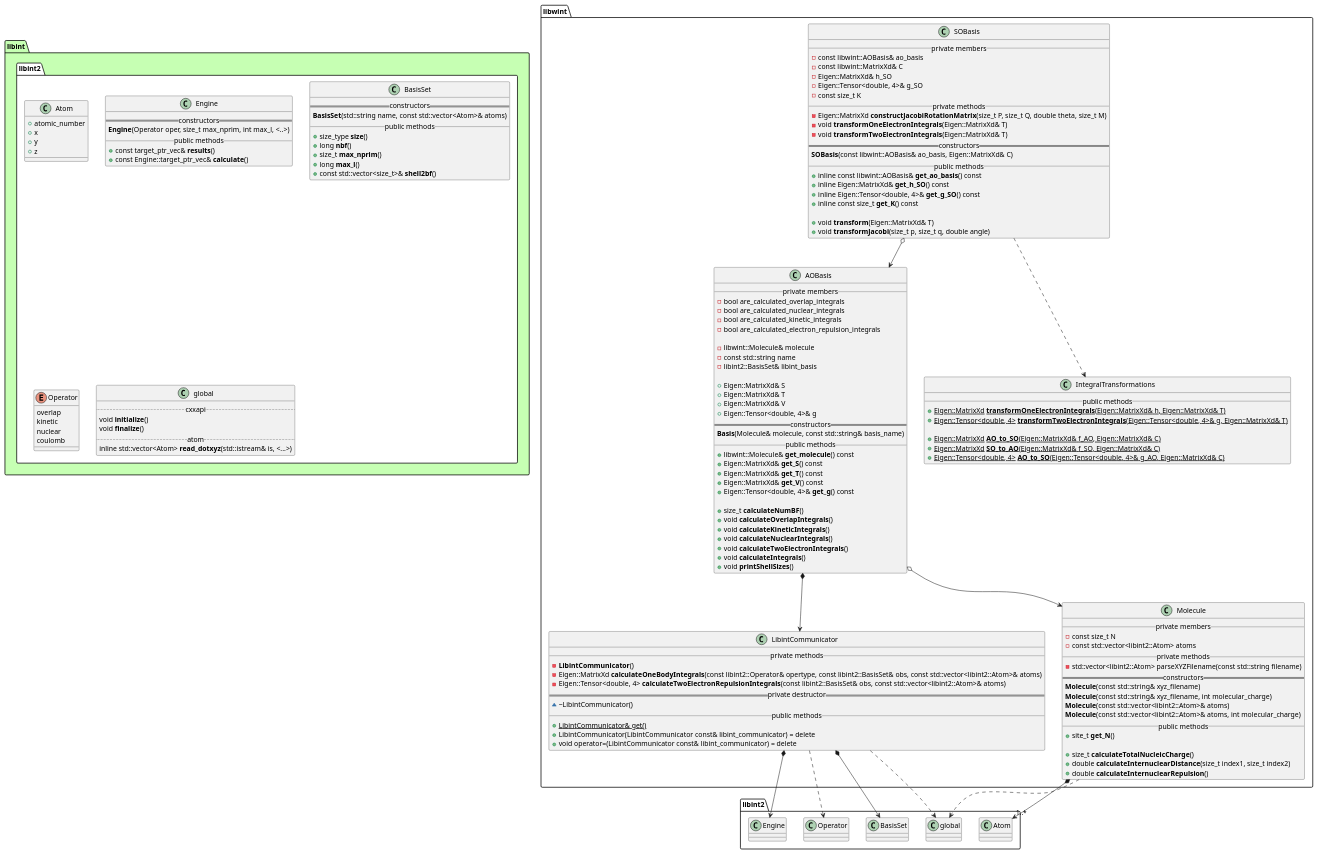
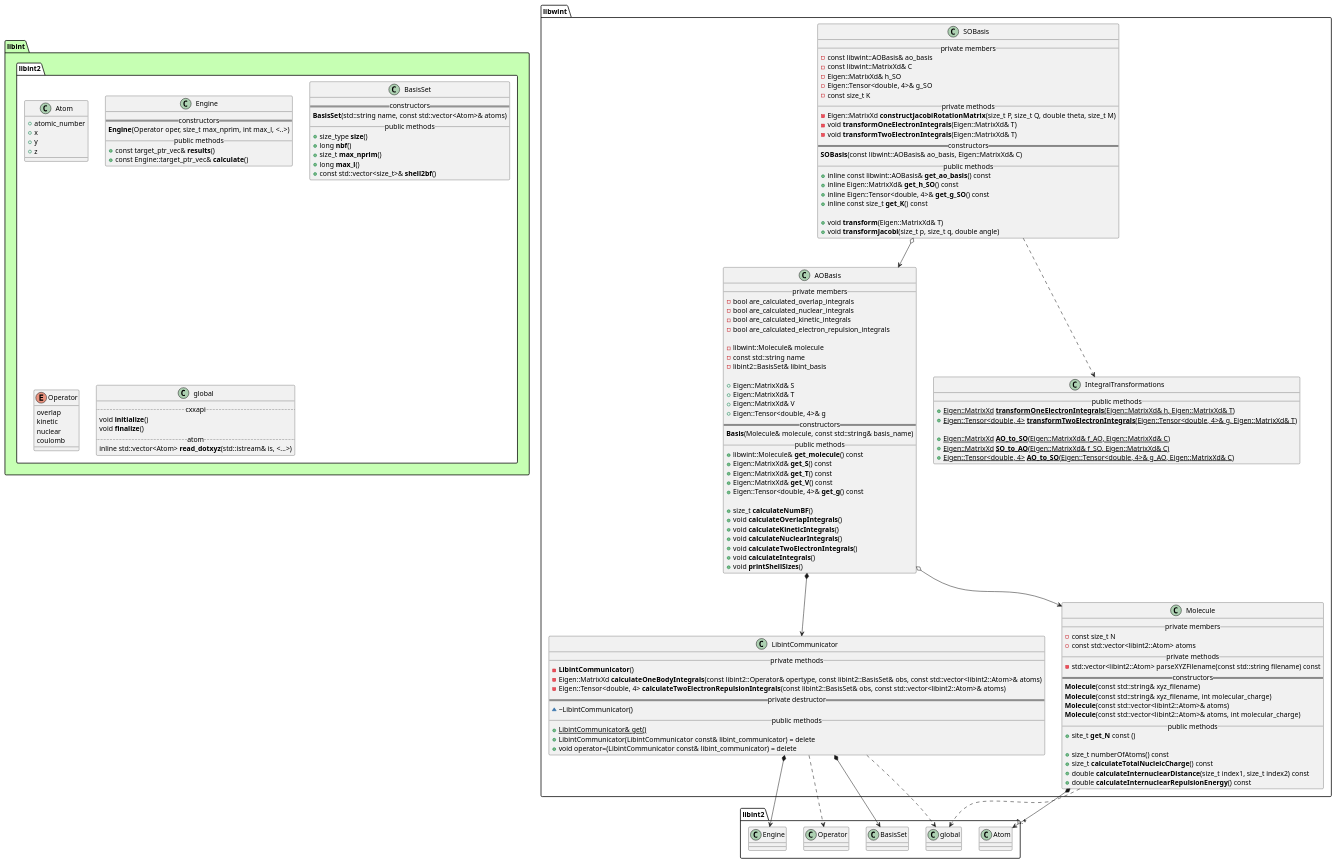
Before and after one commit to tmhuysen/libwint: the diagram in docs/libwint.puml, drawn with PlantUML. The commit also changed 3 other files, not shown here.

```diff
--- a/docs/libwint.puml
+++ b/docs/libwint.puml
@@ -1,176 +1,177 @@
 @startuml
 
 
 
 package libint #c6ffb3 {
     namespace libint2 #ffffff {
         class Atom {
             + atomic_number
             + x
             + y
             + z
         }
 
         class Engine {
             == constructors ==
                 **Engine**(Operator oper, size_t max_nprim, int max_l, <..>)
             __ public methods __
                 + const target_ptr_vec& **results**()
                 + const Engine::target_ptr_vec& **calculate**()
         }
 
         class BasisSet {
             == constructors ==
                 **BasisSet**(std::string name, const std::vector<Atom>& atoms)
             __ public methods __
                 + size_type **size**()
                 + long **nbf**()
                 + size_t **max_nprim**()
                 + long **max_l**()
                 + const std::vector<size_t>& **shell2bf**()
         }
 
         enum Operator {
             overlap
             kinetic
             nuclear
             coulomb
         }
 
         class global {
             .. cxxapi ..
                 void **initialize**()
                 void **finalize**()
             .. atom ..
                 inline std::vector<Atom> **read_dotxyz**(std::istream& is, <...>)
         }
     }
 }
 
 
 
 
 namespace libwint {
 
     class AOBasis {
         __ private members __
             - bool are_calculated_overlap_integrals
             - bool are_calculated_nuclear_integrals
             - bool are_calculated_kinetic_integrals
             - bool are_calculated_electron_repulsion_integrals
 
             - libwint::Molecule& molecule
             - const std::string name
             - libint2::BasisSet& libint_basis
 
             + Eigen::MatrixXd& S
             + Eigen::MatrixXd& T
             + Eigen::MatrixXd& V
             + Eigen::Tensor<double, 4>& g
         == constructors ==
             **Basis**(Molecule& molecule, const std::string& basis_name)
         __ public methods __
             + libwint::Molecule& **get_molecule**() const
             + Eigen::MatrixXd& **get_S**() const
             + Eigen::MatrixXd& **get_T**() const
             + Eigen::MatrixXd& **get_V**() const
             + Eigen::Tensor<double, 4>& **get_g**() const
 
             + size_t **calculateNumBF**()
             + void **calculateOverlapIntegrals**()
             + void **calculateKineticIntegrals**()
             + void **calculateNuclearIntegrals**()
             + void **calculateTwoElectronIntegrals**()
             + void **calculateIntegrals**()
             + void **printShellSizes**()
     }
 
 
     class SOBasis {
         __ private members __
             - const libwint::AOBasis& ao_basis
             - const libwint::MatrixXd& C
             - Eigen::MatrixXd& h_SO
             - Eigen::Tensor<double, 4>& g_SO
             - const size_t K
         __ private methods __
             - Eigen::MatrixXd **constructJacobiRotationMatrix**(size_t P, size_t Q, double theta, size_t M)
             - void **transformOneElectronIntegrals**(Eigen::MatrixXd& T)
             - void **transformTwoElectronIntegrals**(Eigen::MatrixXd& T)
         == constructors ==
             **SOBasis**(const libwint::AOBasis& ao_basis, Eigen::MatrixXd& C)
         __ public methods __
             + inline const libwint::AOBasis& **get_ao_basis**() const
             + inline Eigen::MatrixXd& **get_h_SO**() const
             + inline Eigen::Tensor<double, 4>& **get_g_SO**() const
             + inline const size_t **get_K**() const
 
             + void **transform**(Eigen::MatrixXd& T)
             + void **transformJacobi**(size_t p, size_t q, double angle)
     }
 
 
     class IntegralTransformations {
         __ public methods __
             + {static} Eigen::MatrixXd **transformOneElectronIntegrals**(Eigen::MatrixXd& h, Eigen::MatrixXd& T)
             + {static} Eigen::Tensor<double, 4> **transformTwoElectronIntegrals**(Eigen::Tensor<double, 4>& g, Eigen::MatrixXd& T)
 
             + {static} Eigen::MatrixXd **AO_to_SO**(Eigen::MatrixXd& f_AO, Eigen::MatrixXd& C)
             + {static} Eigen::MatrixXd **SO_to_AO**(Eigen::MatrixXd& f_SO, Eigen::MatrixXd& C)
             + {static} Eigen::Tensor<double, 4> **AO_to_SO**(Eigen::Tensor<double, 4>& g_AO, Eigen::MatrixXd& C)
     }
 
 
     class LibintCommunicator {
         __ private methods __
             - **LibintCommunicator**()
             - Eigen::MatrixXd **calculateOneBodyIntegrals**(const libint2::Operator& opertype, const libint2::BasisSet& obs, const std::vector<libint2::Atom>& atoms)
             - Eigen::Tensor<double, 4> **calculateTwoElectronRepulsionIntegrals**(const libint2::BasisSet& obs, const std::vector<libint2::Atom>& atoms)
         == private destructor ==
             ~ ~LibintCommunicator()
         __ public methods __
             + {static} LibintCommunicator& get()
             + LibintCommunicator(LibintCommunicator const& libint_communicator) = delete
             + void operator=(LibintCommunicator const& libint_communicator) = delete
     }
 
 
     class Molecule {
         __ private members __
             - const size_t N
             - const std::vector<libint2::Atom> atoms
         __ private methods __
-            - std::vector<libint2::Atom> parseXYZFilename(const std::string filename)
+            - std::vector<libint2::Atom> parseXYZFilename(const std::string filename) const
         == constructors ==
             **Molecule**(const std::string& xyz_filename)
             **Molecule**(const std::string& xyz_filename, int molecular_charge)
             **Molecule**(const std::vector<libint2::Atom>& atoms)
             **Molecule**(const std::vector<libint2::Atom>& atoms, int molecular_charge)
         __ public methods __
-            + site_t **get_N**()
+            + site_t **get_N** const ()
 
-            + size_t **calculateTotalNucleicCharge**()
-            + double **calculateInternuclearDistance**(size_t index1, size_t index2)
-            + double **calculateInternuclearRepulsion**()
+            + size_t numberOfAtoms() const
+            + size_t **calculateTotalNucleicCharge**() const
+            + double **calculateInternuclearDistance**(size_t index1, size_t index2) const
+            + double **calculateInternuclearRepulsionEnergy**() const
     }
 
 }
 
 
 
 libwint.AOBasis o--> libwint.Molecule
 libwint.AOBasis *--> libwint.LibintCommunicator
 
 libwint.LibintCommunicator *--> libint2.BasisSet
 libwint.LibintCommunicator ..> libint2.Operator
 libwint.LibintCommunicator *--> libint2.Engine
 libwint.LibintCommunicator ..> libint2.global
 
 libwint.Molecule *--> "1..*" libint2.Atom
 libwint.Molecule ..> libint2.global
 
 libwint.SOBasis ..> libwint.IntegralTransformations
 libwint.SOBasis o--> libwint.AOBasis
 
 
 @enduml
```
